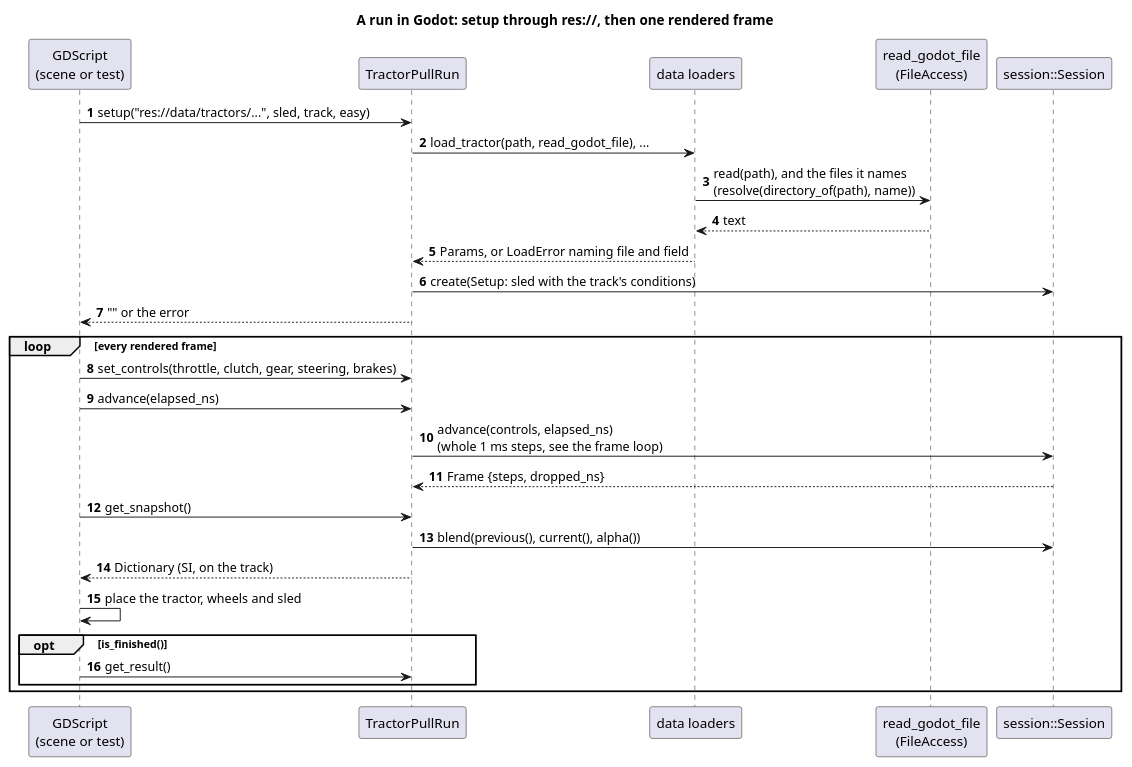
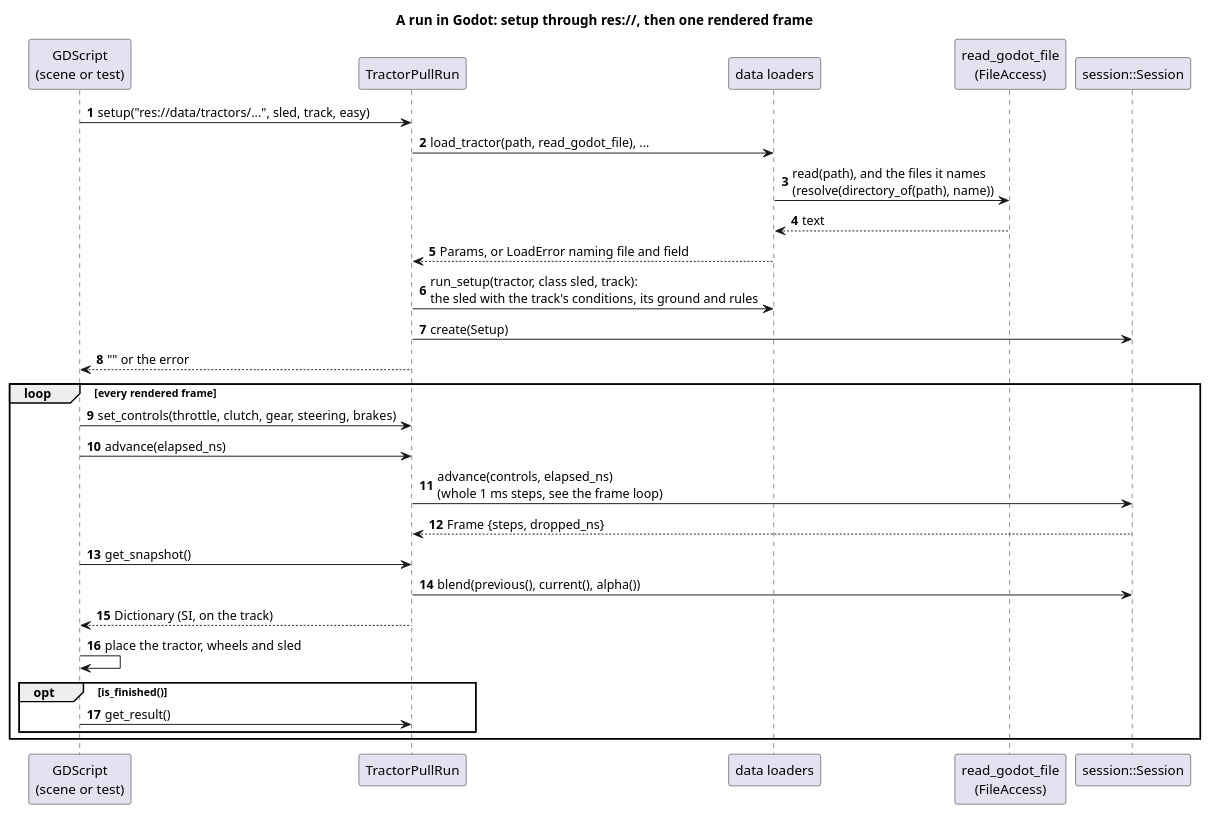
Before and after one commit to wversteeg/TractorPulling: the diagram in docs/diagrams/godot_frame_sequence.puml, drawn with PlantUML. The commit also changed 21 other files, not shown here.

```diff
--- a/docs/diagrams/godot_frame_sequence.puml
+++ b/docs/diagrams/godot_frame_sequence.puml
@@ -1,31 +1,32 @@
 @startuml godot_frame_sequence
 title A run in Godot: setup through res://, then one rendered frame
 autonumber
 participant "GDScript\n(scene or test)" as Script
 participant "TractorPullRun" as Run
 participant "data loaders" as Load
 participant "read_godot_file\n(FileAccess)" as Files
 participant "session::Session" as Session
 
 Script -> Run : setup("res://data/tractors/...", sled, track, easy)
 Run -> Load : load_tractor(path, read_godot_file), ...
 Load -> Files : read(path), and the files it names\n(resolve(directory_of(path), name))
 Files --> Load : text
 Load --> Run : Params, or LoadError naming file and field
-Run -> Session : create(Setup: sled with the track's conditions)
+Run -> Load : run_setup(tractor, class sled, track):\nthe sled with the track's conditions, its ground and rules
+Run -> Session : create(Setup)
 Run --> Script : "" or the error
 
 loop every rendered frame
   Script -> Run : set_controls(throttle, clutch, gear, steering, brakes)
   Script -> Run : advance(elapsed_ns)
   Run -> Session : advance(controls, elapsed_ns)\n(whole 1 ms steps, see the frame loop)
   Session --> Run : Frame {steps, dropped_ns}
   Script -> Run : get_snapshot()
   Run -> Session : blend(previous(), current(), alpha())
   Run --> Script : Dictionary (SI, on the track)
   Script -> Script : place the tractor, wheels and sled
   opt is_finished()
     Script -> Run : get_result()
   end
 end
 @enduml
```
